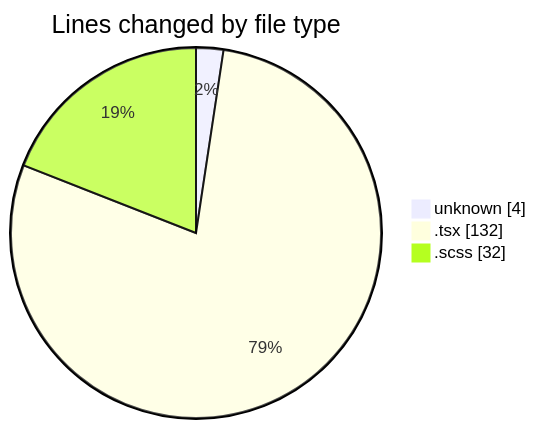
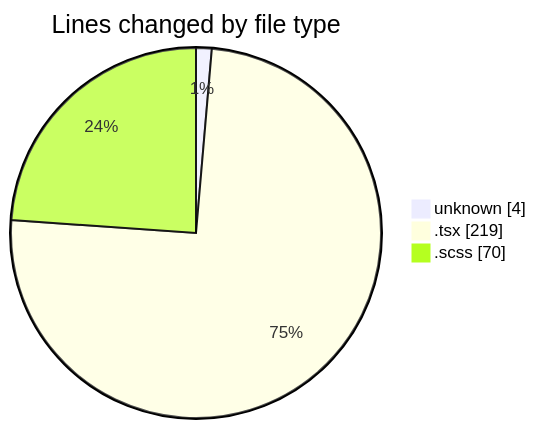
The first of 2 diagrams in 2025-02-14/cda/README.md (momahboobian/code-tracking), drawn with Mermaid before and after one commit. The commit also changed other lines of this file and 1 other file, not shown here.

````diff
--- a/2025-02-14/cda/README.md
+++ b/2025-02-14/cda/README.md
@@ -22,7 +22,7 @@
 ```mermaid
 pie showData
 title Lines changed by file type
 "unknown" : 4
-".tsx" : 132
-".scss" : 32
+".tsx" : 219
+".scss" : 70
 ```
````
